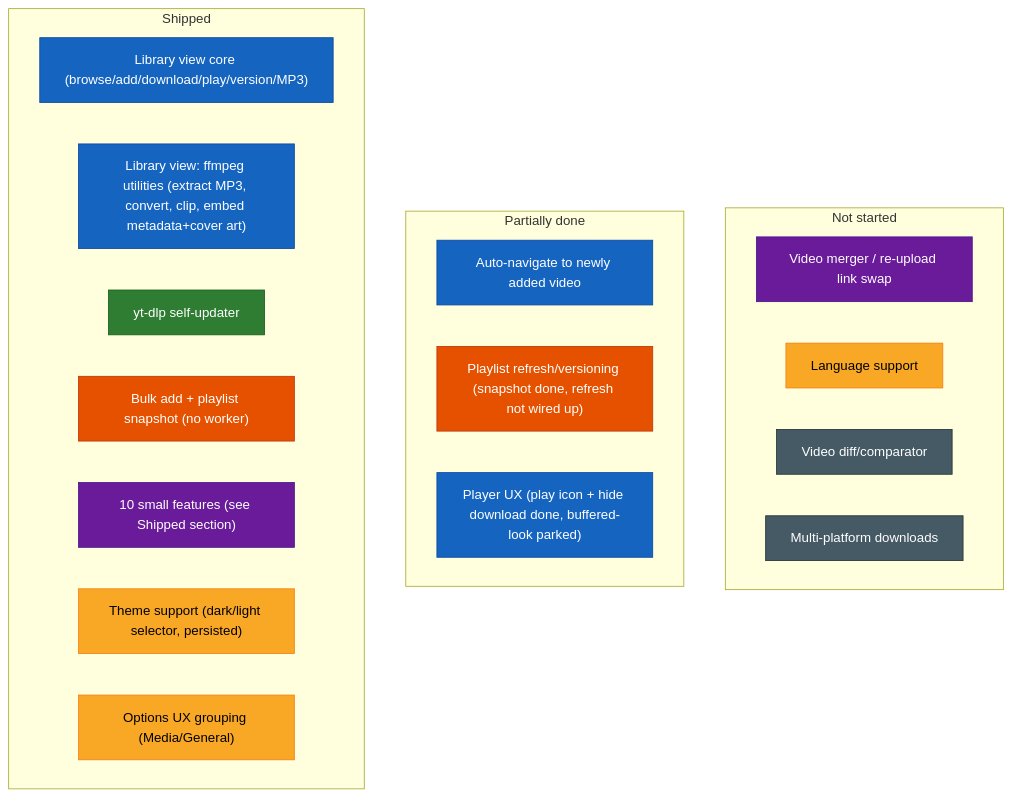
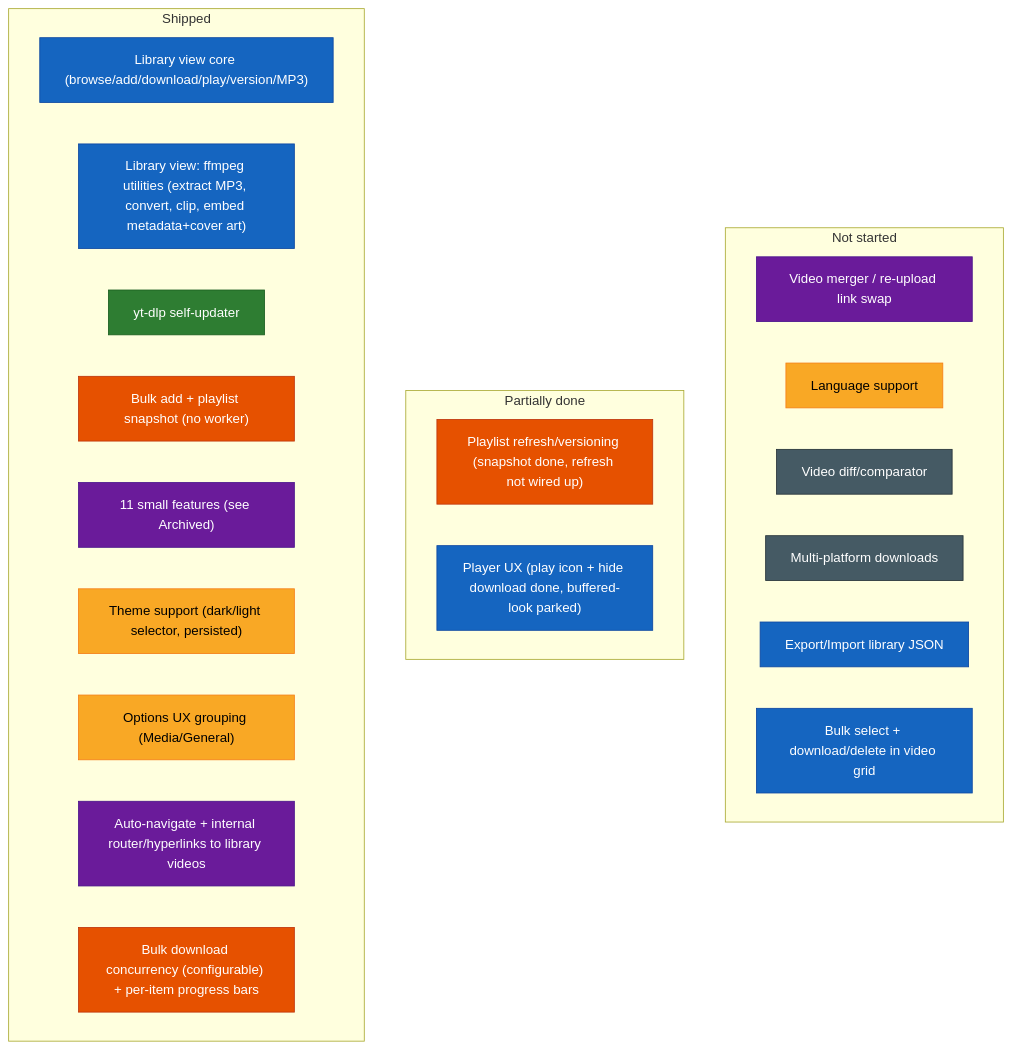
Before and after one commit to SlothSoftworks/Sloth-Archiver: the diagram in futureSpecsFeedback.md, drawn with Mermaid. The commit also changed other lines of this file and 8 other files, not shown here.

Commit message:
feat: added library playlist view and update and reconciliaition feature

````diff
--- a/futureSpecsFeedback.md
+++ b/futureSpecsFeedback.md
@@ -35,44 +38,47 @@
 ```mermaid
 flowchart LR
     classDef library fill:#1565c0,stroke:#0d47a1,color:#fff
     classDef updater fill:#2e7d32,stroke:#1b5e20,color:#fff
     classDef playlist fill:#e65100,stroke:#bf360c,color:#fff
     classDef smallfeat fill:#6a1b9a,stroke:#4a148c,color:#fff
     classDef qol fill:#f9a825,stroke:#f57f17,color:#000
     classDef longshot fill:#455a64,stroke:#263238,color:#fff
 
     subgraph DONE["Shipped"]
         direction LR
         d1["Library view core (browse/add/download/play/version/MP3)"]
         d1b["Library view: ffmpeg utilities (extract MP3, convert, clip, embed metadata+cover art)"]
         d2["yt-dlp self-updater"]
         d3["Bulk add + playlist snapshot (no worker)"]
-        d4["10 small features (see Shipped section)"]
+        d4["11 small features (see Archived)"]
         d5["Theme support (dark/light selector, persisted)"]
         d6["Options UX grouping (Media/General)"]
+        d7["Auto-navigate + internal router/hyperlinks to library videos"]
+        d8["Bulk download concurrency (configurable) + per-item progress bars"]
     end
 
     subgraph PARTIAL["Partially done"]
         direction LR
-        p1["Auto-navigate to newly added video"]
         p2["Playlist refresh/versioning (snapshot done, refresh not wired up)"]
         p3["Player UX (play icon + hide download done, buffered-look parked)"]
     end
 
     subgraph TODO["Not started"]
         direction LR
         t1["Video merger / re-upload link swap"]
         t6["Language support"]
         t7["Video diff/comparator"]
         t8["Multi-platform downloads"]
+        t9["Export/Import library JSON"]
+        t10["Bulk select + download/delete in video grid"]
     end
 
     DONE ~~~ PARTIAL ~~~ TODO
 
-    class d1,d1b,p1,p3 library
+    class d1,d1b,p3,t9,t10 library
     class d2 updater
-    class d3,p2 playlist
-    class d4,t1 smallfeat
+    class d3,d8,p2 playlist
+    class d4,d7,t1 smallfeat
     class d5,d6,t6 qol
     class t7,t8 longshot
 ```
````
